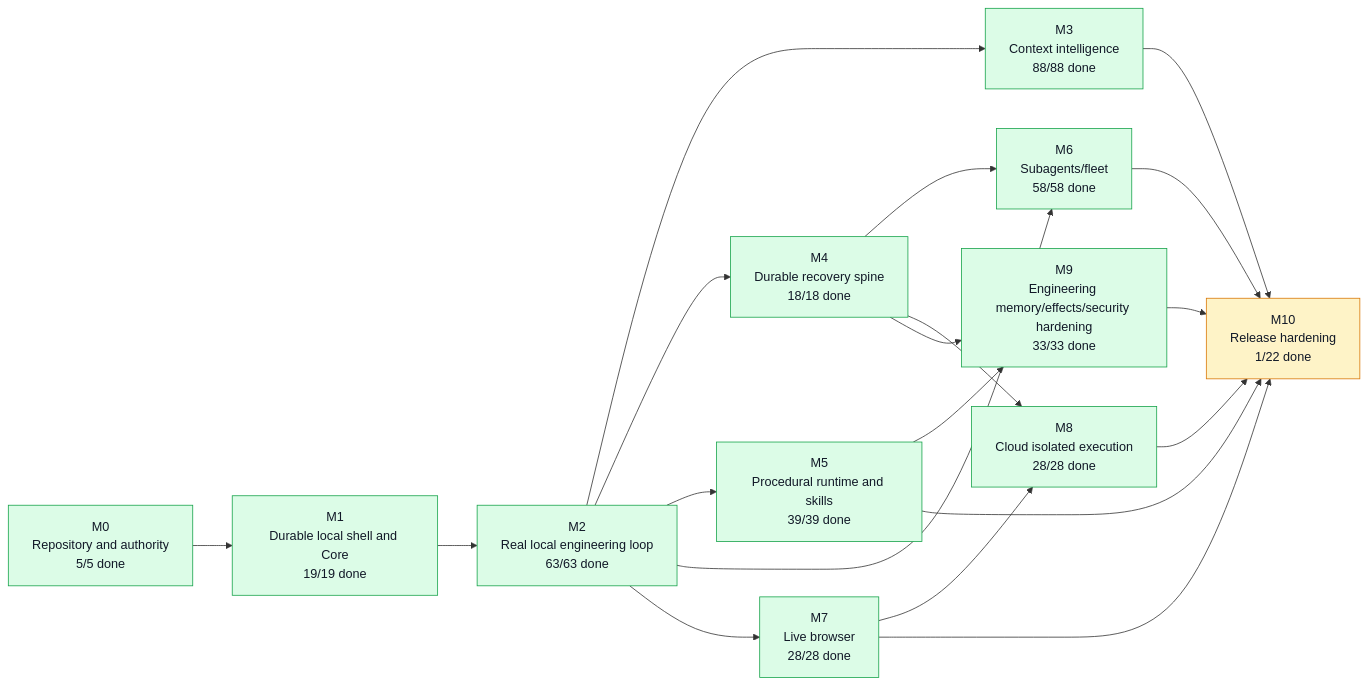
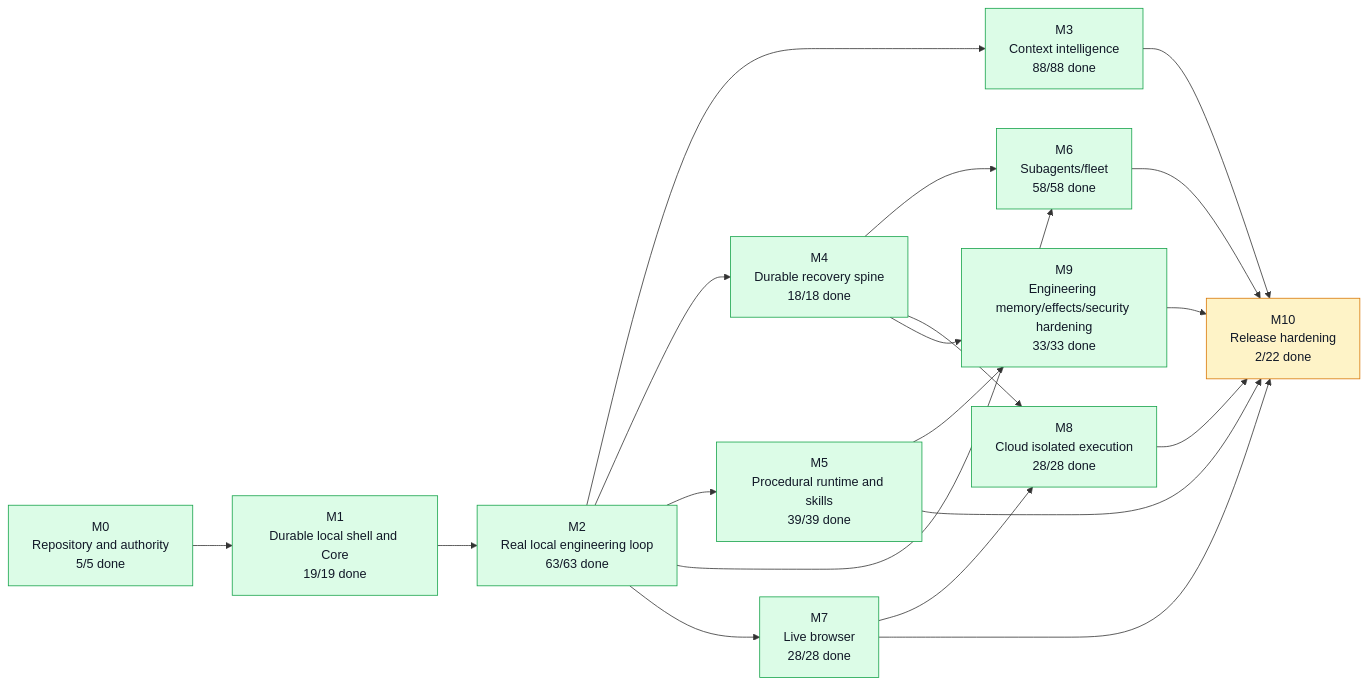
One commit to moss101/modbit changed the first of 5 diagrams in graph/PROJECT_GRAPH.md. Above: the diagram before and after it, drawn with Mermaid. The commit also changed other lines of this file and 5 other files, not shown here.

````diff
--- a/graph/PROJECT_GRAPH.md
+++ b/graph/PROJECT_GRAPH.md
@@ -57,43 +57,43 @@
 ```mermaid
 flowchart LR
   M0["M0<br/>Repository and authority<br/>5/5 done"]
   M1["M1<br/>Durable local shell and Core<br/>19/19 done"]
   M2["M2<br/>Real local engineering loop<br/>63/63 done"]
   M3["M3<br/>Context intelligence<br/>88/88 done"]
   M4["M4<br/>Durable recovery spine<br/>18/18 done"]
   M5["M5<br/>Procedural runtime and skills<br/>39/39 done"]
   M6["M6<br/>Subagents/fleet<br/>58/58 done"]
   M7["M7<br/>Live browser<br/>28/28 done"]
   M8["M8<br/>Cloud isolated execution<br/>28/28 done"]
   M9["M9<br/>Engineering memory/effects/security hardening<br/>33/33 done"]
-  M10["M10<br/>Release hardening<br/>1/22 done"]
+  M10["M10<br/>Release hardening<br/>2/22 done"]
   M0 --> M1
   M1 --> M2
   M2 --> M3
   M2 --> M4
   M2 --> M5
   M2 --> M6
   M4 --> M6
   M2 --> M7
   M4 --> M8
   M7 --> M8
   M4 --> M9
   M5 --> M9
   M3 --> M10
   M5 --> M10
   M6 --> M10
   M7 --> M10
   M8 --> M10
   M9 --> M10
   style M0 fill:#dcfce7,stroke:#16a34a,color:#111827
   style M1 fill:#dcfce7,stroke:#16a34a,color:#111827
   style M2 fill:#dcfce7,stroke:#16a34a,color:#111827
   style M3 fill:#dcfce7,stroke:#16a34a,color:#111827
   style M4 fill:#dcfce7,stroke:#16a34a,color:#111827
   style M5 fill:#dcfce7,stroke:#16a34a,color:#111827
   style M6 fill:#dcfce7,stroke:#16a34a,color:#111827
   style M7 fill:#dcfce7,stroke:#16a34a,color:#111827
   style M8 fill:#dcfce7,stroke:#16a34a,color:#111827
   style M9 fill:#dcfce7,stroke:#16a34a,color:#111827
   style M10 fill:#fef3c7,stroke:#d97706,color:#111827
 ```
````
